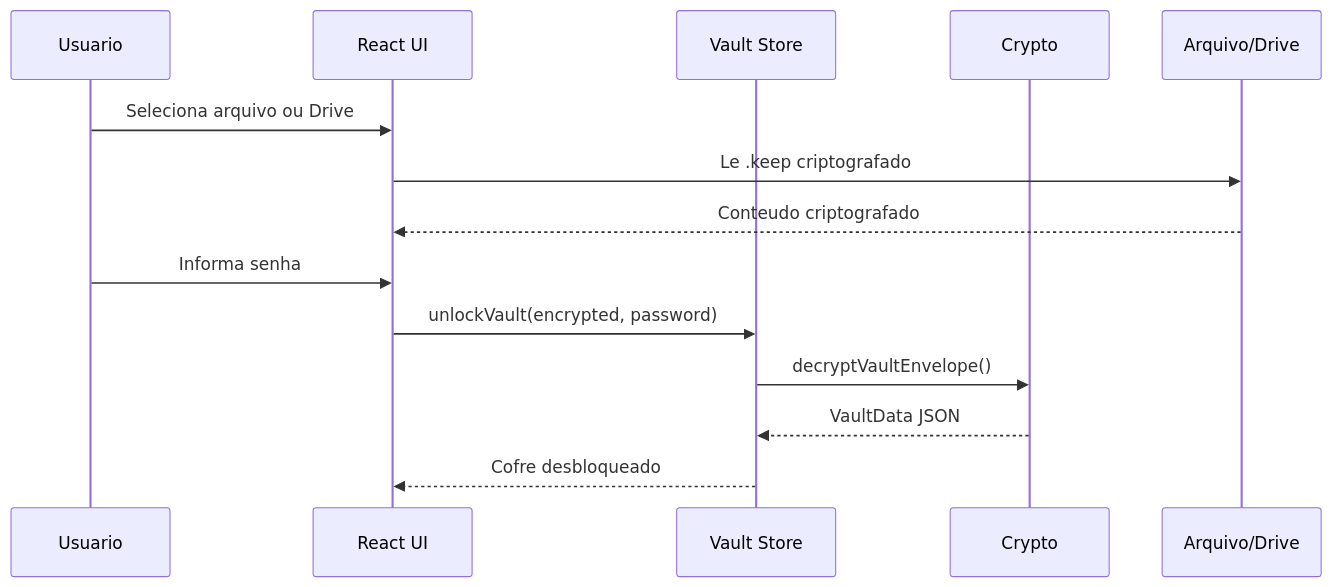
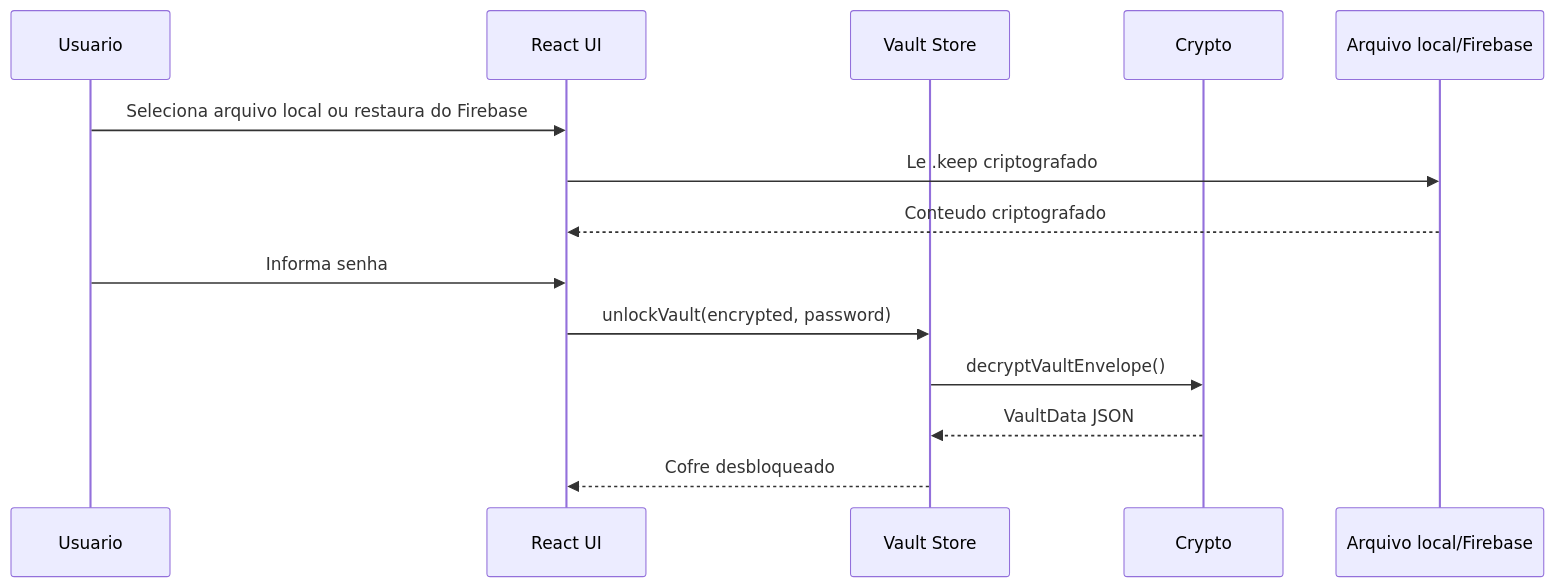
Before and after one commit to Praesens-tech/passwordKeeper: the fifth of 7 diagrams in README.md, drawn with Mermaid. The commit also changed other lines of this file and 55 other files, not shown here.

````diff
--- a/README.md
+++ b/README.md
@@ -279,17 +274,17 @@
 ```mermaid
 sequenceDiagram
   participant U as Usuario
   participant UI as React UI
   participant S as Vault Store
   participant C as Crypto
-  participant F as Arquivo/Drive
+  participant F as Arquivo local/Firebase
 
-  U->>UI: Seleciona arquivo ou Drive
+  U->>UI: Seleciona arquivo local ou restaura do Firebase
   UI->>F: Le .keep criptografado
   F-->>UI: Conteudo criptografado
   U->>UI: Informa senha
   UI->>S: unlockVault(encrypted, password)
   S->>C: decryptVaultEnvelope()
   C-->>S: VaultData JSON
   S-->>UI: Cofre desbloqueado
 ```
````
